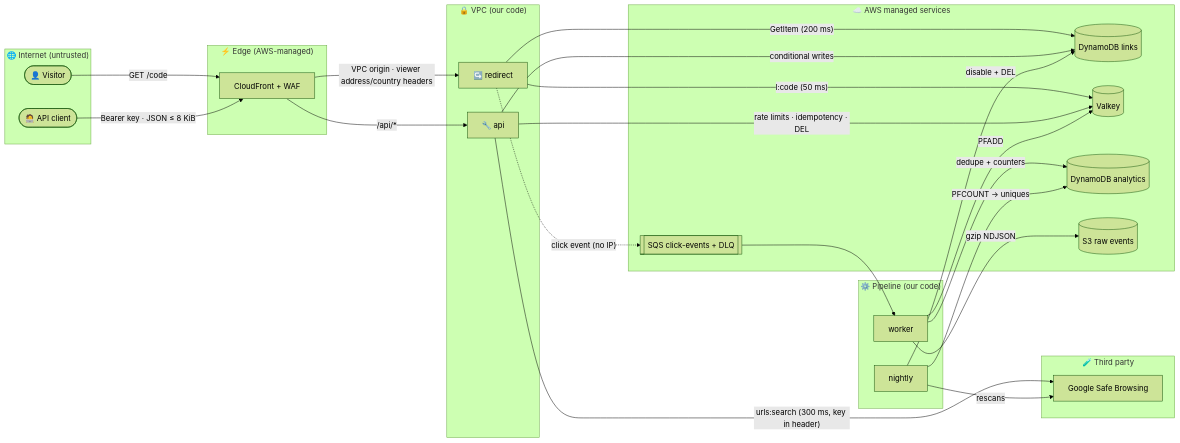
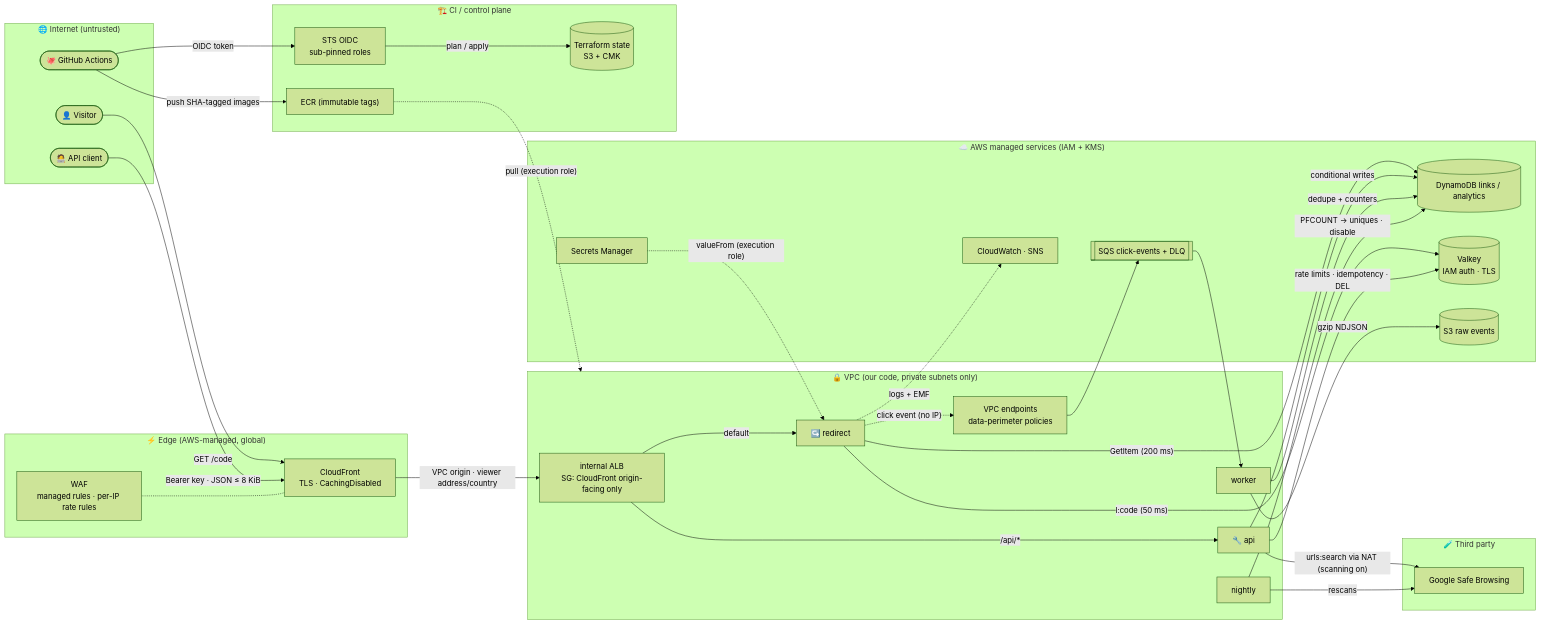
The diagram in docs/threat-model.md (perspectivism/url-shortener-ecs-fargate), drawn with Mermaid (forest theme) before and after one commit. The commit also changed other lines of this file and 22 other files, not shown here.

First line of the commit message:
feat(security): M7 IAM review, endpoint data perimeter, WAF tuning, threat model

````diff
--- a/docs/threat-model.md
+++ b/docs/threat-model.md
@@ -49,45 +62,60 @@
 ```mermaid
 flowchart LR
     subgraph internet["🌐 Internet (untrusted)"]
         visitor(["👤 Visitor"])
         client(["🧑‍💻 API client"])
+        gh(["🐙 GitHub Actions"])
     end
-    subgraph edge["⚡ Edge (AWS-managed)"]
-        cf["CloudFront + WAF"]
+    subgraph edge["⚡ Edge (AWS-managed, global)"]
+        waf["WAF<br/>managed rules · per-IP rate rules"]
+        cf["CloudFront<br/>TLS · CachingDisabled"]
     end
-    subgraph vpc["🔒 VPC (our code)"]
+    subgraph vpc["🔒 VPC (our code, private subnets only)"]
+        alb["internal ALB<br/>SG: CloudFront origin-facing only"]
         redirect["↪️ redirect"]
         api["🔧 api"]
-    end
-    subgraph managed["☁️ AWS managed services"]
-        ddb[("DynamoDB links")]
-        valkey[("Valkey")]
-        sqs[["SQS click-events + DLQ"]]
-        stats[("DynamoDB analytics")]
-        s3[("S3 raw events")]
-    end
-    subgraph batch["⚙️ Pipeline (our code)"]
         worker["worker"]
         nightly["nightly"]
+        vpce["VPC endpoints<br/>data-perimeter policies"]
+    end
+    subgraph managed["☁️ AWS managed services (IAM + KMS)"]
+        ddb[("DynamoDB links / analytics")]
+        valkey[("Valkey<br/>IAM auth · TLS")]
+        sqs[["SQS click-events + DLQ"]]
+        s3[("S3 raw events")]
+        sm["Secrets Manager"]
+        cw["CloudWatch · SNS"]
+    end
+    subgraph ci["🏗️ CI / control plane"]
+        sts["STS OIDC<br/>sub-pinned roles"]
+        state[("Terraform state<br/>S3 + CMK")]
+        ecr["ECR (immutable tags)"]
     end
     subgraph third["🧪 Third party"]
         gsb["Google Safe Browsing"]
     end
     visitor -->|"GET /code"| cf
     client -->|"Bearer key · JSON ≤ 8 KiB"| cf
-    cf -->|"VPC origin · viewer address/country headers"| redirect
-    cf -->|"/api/*"| api
+    waf -.- cf
+    cf -->|"VPC origin · viewer address/country"| alb
+    alb -->|"default"| redirect
+    alb -->|"/api/*"| api
     redirect -->|"l:code (50 ms)"| valkey
     redirect -->|"GetItem (200 ms)"| ddb
-    redirect -.->|"click event (no IP)"| sqs
+    redirect -.->|"click event (no IP)"| vpce
+    vpce --> sqs
     api -->|"conditional writes"| ddb
     api -->|"rate limits · idempotency · DEL"| valkey
-    api -->|"urls:search (300 ms, key in header)"| gsb
+    api -->|"urls:search via NAT (scanning on)"| gsb
     sqs --> worker
-    worker -->|"dedupe + counters"| stats
-    worker -->|"PFADD"| valkey
+    worker -->|"dedupe + counters"| ddb
     worker -->|"gzip NDJSON"| s3
-    nightly -->|"PFCOUNT → uniques"| stats
     nightly -->|"rescans"| gsb
-    nightly -->|"disable + DEL"| ddb
+    nightly -->|"PFCOUNT → uniques · disable"| ddb
+    sm -.->|"valueFrom (execution role)"| redirect
+    redirect -.->|"logs + EMF"| cw
+    gh -->|"OIDC token"| sts
+    sts -->|"plan / apply"| state
+    gh -->|"push SHA-tagged images"| ecr
+    ecr -.->|"pull (execution role)"| vpc
 ```
````
